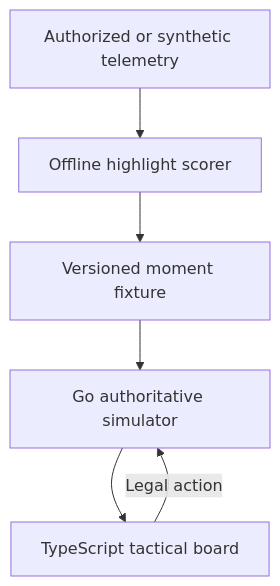
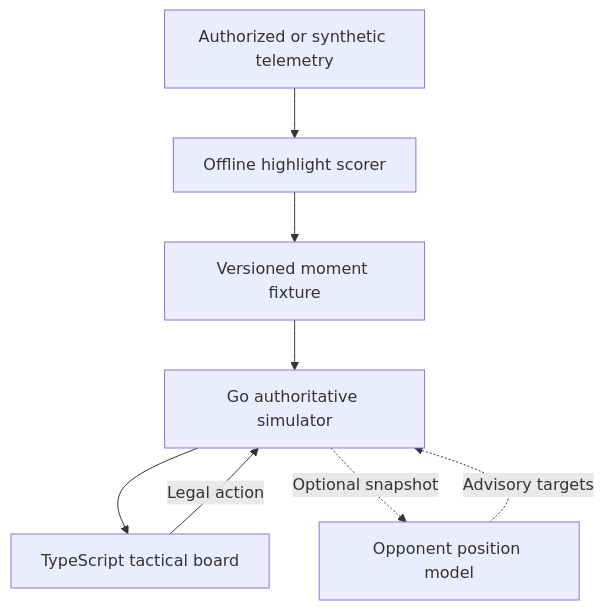
Before and after one commit to joyalzzy/playable-replays: the diagram in docs/architecture.md, drawn with Mermaid. The commit also changed other lines of this file and 26 other files, not shown here.

````diff
--- a/docs/architecture.md
+++ b/docs/architecture.md
@@ -10,8 +10,10 @@
 ```mermaid
 flowchart TD
     A["Authorized or synthetic telemetry"] --> B["Offline highlight scorer"]
     B --> C["Versioned moment fixture"]
     C --> D["Go authoritative simulator"]
     D --> E["TypeScript tactical board"]
     E -->|Legal action| D
+    D -.->|Optional snapshot| F["Opponent position model"]
+    F -.->|Advisory targets| D
 ```
````
